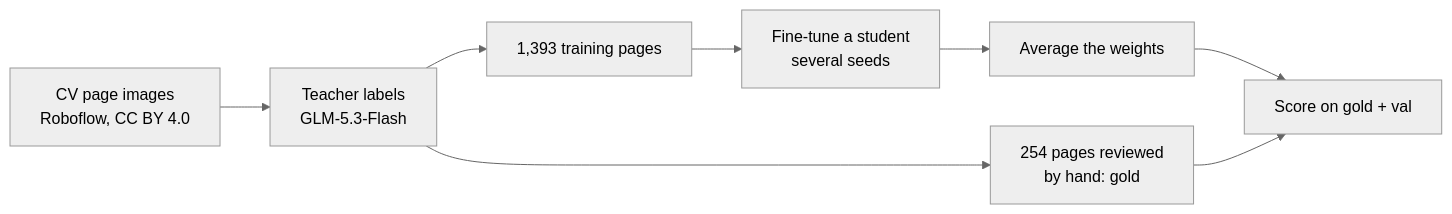
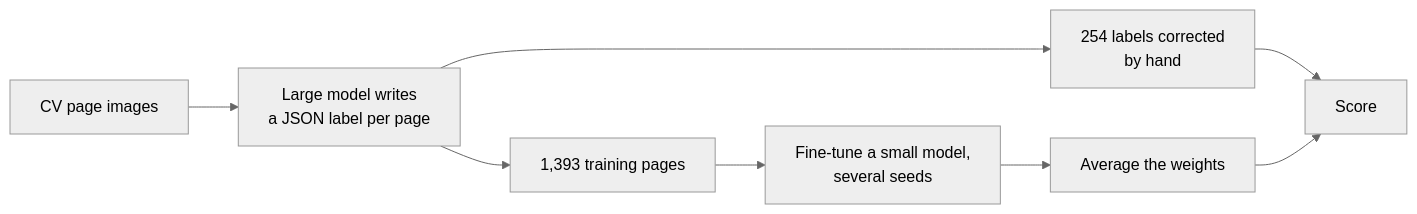
One commit to iamkucuk/tiny-resume-parser changed the diagram in README.md. Above: the diagram before and after it, drawn with Mermaid (neutral theme). The commit also changed other lines of this file and 21 other files, not shown here.

First line of the commit message:
Rewrite the docs: shorter README, findings page, one home per score

````diff
--- a/README.md
+++ b/README.md
@@ -64,10 +53,10 @@
 ```mermaid
 flowchart LR
-    A[CV page images<br/>Roboflow, CC BY 4.0] --> B[Teacher labels<br/>GLM-5.3-Flash]
-    B --> C[254 pages reviewed<br/>by hand: gold]
+    A[CV page images] --> B[Large model writes<br/>a JSON label per page]
+    B --> C[254 labels corrected<br/>by hand]
     B --> D[1,393 training pages]
-    D --> E[Fine-tune a student<br/>several seeds]
+    D --> E[Fine-tune a small model,<br/>several seeds]
     E --> F[Average the weights]
-    F --> G[Score on gold + val]
-    C --> G
+    C --> G[Score]
+    F --> G
 ```
````
